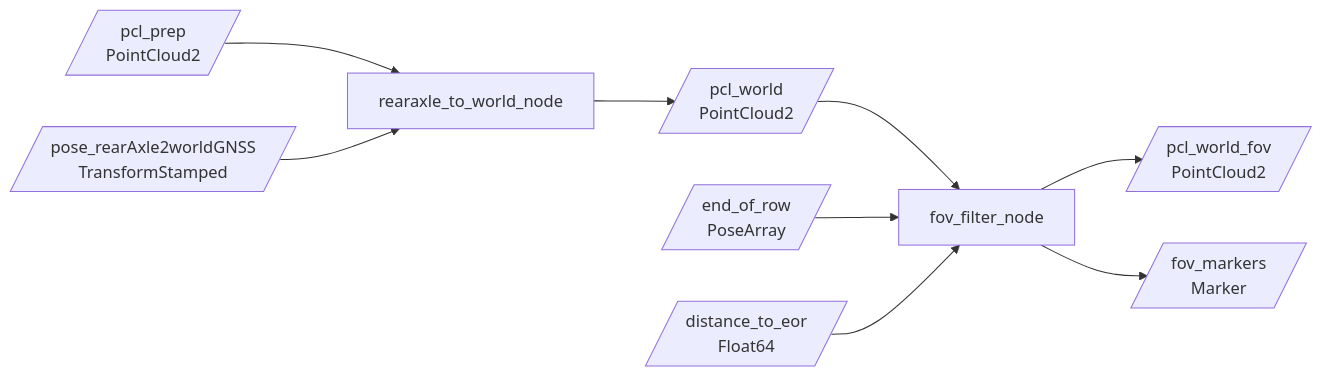
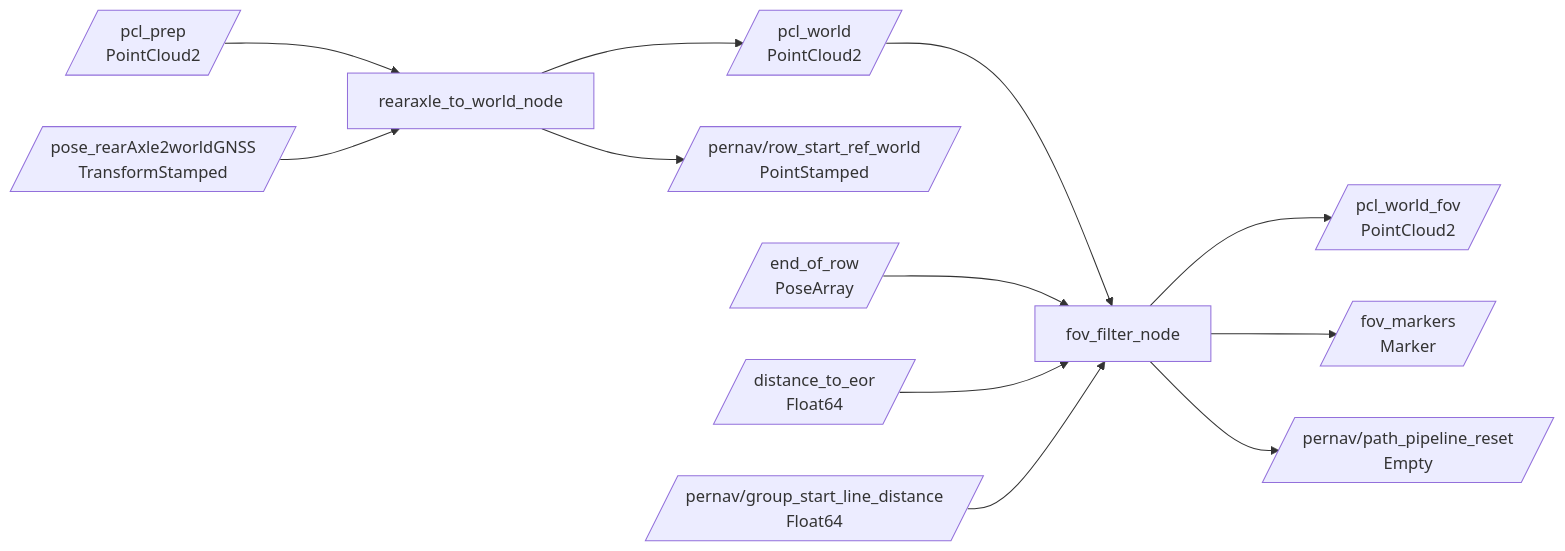
Before and after one commit to burakFM/pernav_path_detection: the diagram in pernav_world_transform/README.md, drawn with Mermaid. The commit also changed other lines of this file and 10 other files, not shown here.

````diff
--- a/pernav_world_transform/README.md
+++ b/pernav_world_transform/README.md
@@ -7,11 +7,14 @@
 ```mermaid
 flowchart LR
     A[/pcl_prep<br/>PointCloud2/] --> T[rearaxle_to_world_node]
     B[/pose_rearAxle2worldGNSS<br/>TransformStamped/] --> T
     T --> C[/pcl_world<br/>PointCloud2/]
+    T --> R[/pernav/row_start_ref_world<br/>PointStamped/]
     C --> F[fov_filter_node]
     D[/end_of_row<br/>PoseArray/] --> F
     E[/distance_to_eor<br/>Float64/] --> F
+    I[/pernav/group_start_line_distance<br/>Float64/] --> F
     F --> G[/pcl_world_fov<br/>PointCloud2/]
     F --> H[/fov_markers<br/>Marker/]
+    F --> J[/pernav/path_pipeline_reset<br/>Empty/]
 ```
````
